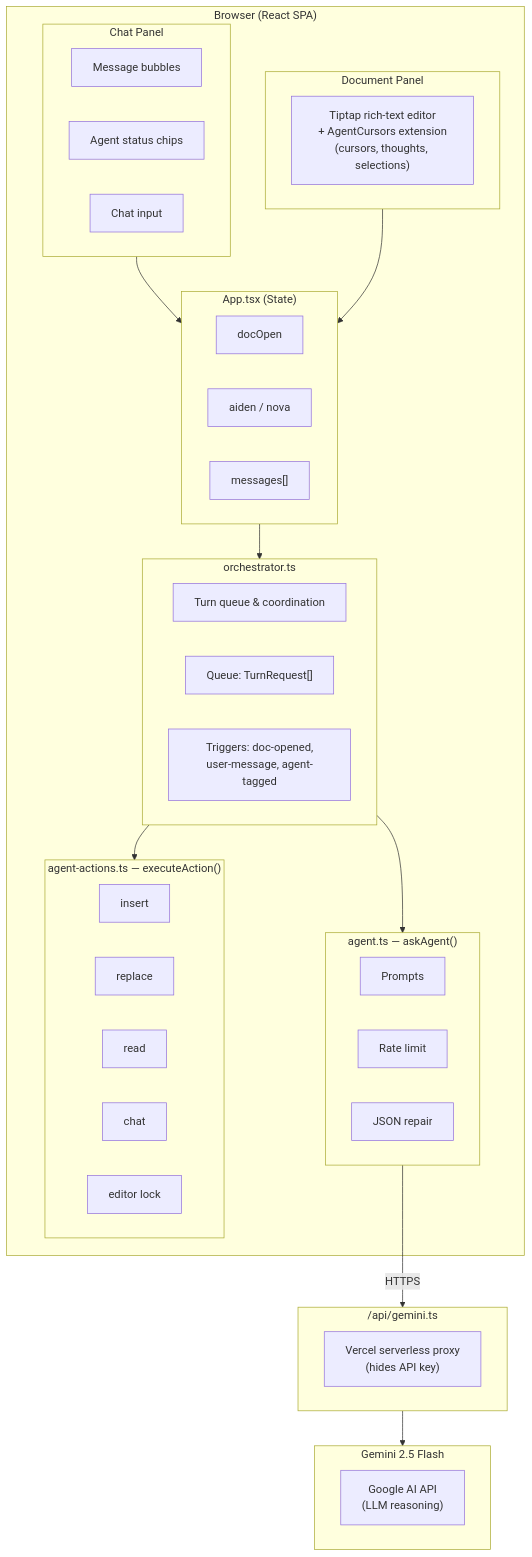
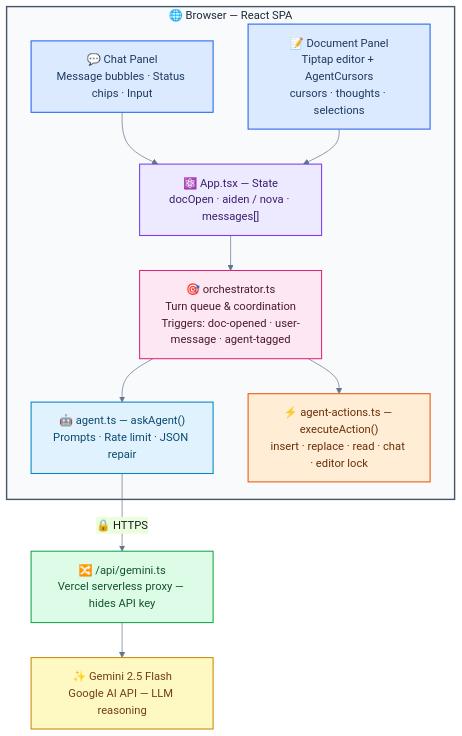
The diagram in docs/diagrams/high-level-component-map.mmd (n3wth/collab), drawn with Mermaid before and after one commit. The commit also changed 5 other files, not shown here.

Commit message:
Beautify Mermaid diagrams with custom themes, colors, emojis, and activations

```diff
--- a/docs/diagrams/high-level-component-map.mmd
+++ b/docs/diagrams/high-level-component-map.mmd
@@ -1,57 +1,44 @@
+%%{init: {'theme': 'base', 'themeVariables': { 'primaryColor': '#dbeafe', 'primaryTextColor': '#1a1a2e', 'primaryBorderColor': '#2563eb', 'lineColor': '#64748b' }}}%%
 graph TD
-    subgraph Browser["Browser (React SPA)"]
-        subgraph ChatPanel["Chat Panel"]
-            CP1["Message bubbles"]
-            CP2["Agent status chips"]
-            CP3["Chat input"]
-        end
+    subgraph Browser["🌐 Browser — React SPA"]
+        CP["💬 Chat Panel<br/>Message bubbles · Status chips · Input"]
+        DP["📝 Document Panel<br/>Tiptap editor + AgentCursors<br/>cursors · thoughts · selections"]
 
-        subgraph DocPanel["Document Panel"]
-            DP1["Tiptap rich-text editor<br/>+ AgentCursors extension<br/>(cursors, thoughts, selections)"]
-        end
+        CP & DP --> App
 
-        ChatPanel & DocPanel --> AppState
+        App["⚛️ App.tsx — State<br/>docOpen · aiden / nova · messages#91;#93;"]
 
-        subgraph AppState["App.tsx (State)"]
-            S1["docOpen"]
-            S2["aiden / nova"]
-            S3["messages[]"]
-        end
+        App --> Orch
 
-        AppState --> Orchestrator
+        Orch["🎯 orchestrator.ts<br/>Turn queue &amp; coordination<br/>Triggers: doc-opened · user-message · agent-tagged"]
 
-        subgraph Orchestrator["orchestrator.ts"]
-            O1["Turn queue & coordination"]
-            O2["Queue: TurnRequest[]"]
-            O3["Triggers: doc-opened,<br/>user-message, agent-tagged"]
-        end
+        Orch --> Agent
+        Orch --> Actions
 
-        Orchestrator --> Agent
-        Orchestrator --> Actions
-
-        subgraph Agent["agent.ts — askAgent()"]
-            A1["Prompts"]
-            A2["Rate limit"]
-            A3["JSON repair"]
-        end
-
-        subgraph Actions["agent-actions.ts — executeAction()"]
-            AC1["insert"]
-            AC2["replace"]
-            AC3["read"]
-            AC4["chat"]
-            AC5["editor lock"]
-        end
+        Agent["🤖 agent.ts — askAgent#40;#41;<br/>Prompts · Rate limit · JSON repair"]
+        Actions["⚡ agent-actions.ts — executeAction#40;#41;<br/>insert · replace · read · chat · editor lock"]
     end
 
-    Agent -->|HTTPS| Proxy
-
-    subgraph Proxy["/api/gemini.ts"]
-        PX1["Vercel serverless proxy<br/>(hides API key)"]
-    end
-
+    Agent -- "🔒 HTTPS" --> Proxy
     Proxy --> Gemini
 
-    subgraph Gemini["Gemini 2.5 Flash"]
-        G1["Google AI API<br/>(LLM reasoning)"]
-    end
+    Proxy["🔀 /api/gemini.ts<br/>Vercel serverless proxy — hides API key"]
+    Gemini["✨ Gemini 2.5 Flash<br/>Google AI API — LLM reasoning"]
+
+    classDef ui fill:#dbeafe,stroke:#2563eb,stroke-width:1.5px,color:#1e3a5f
+    classDef state fill:#ede9fe,stroke:#7c3aed,stroke-width:1.5px,color:#3b1f6e
+    classDef orch fill:#fce7f3,stroke:#db2777,stroke-width:1.5px,color:#4a1930
+    classDef agent fill:#e0f2fe,stroke:#0284c7,stroke-width:1.5px,color:#0c4a6e
+    classDef actions fill:#ffedd5,stroke:#ea580c,stroke-width:1.5px,color:#6b2f0a
+    classDef proxy fill:#dcfce7,stroke:#16a34a,stroke-width:1.5px,color:#14532d
+    classDef gemini fill:#fef9c3,stroke:#ca8a04,stroke-width:1.5px,color:#713f12
+
+    class CP,DP ui
+    class App state
+    class Orch orch
+    class Agent agent
+    class Actions actions
+    class Proxy proxy
+    class Gemini gemini
+
+    style Browser fill:#f8fafc,stroke:#475569,stroke-width:2px,color:#1e293b
```
